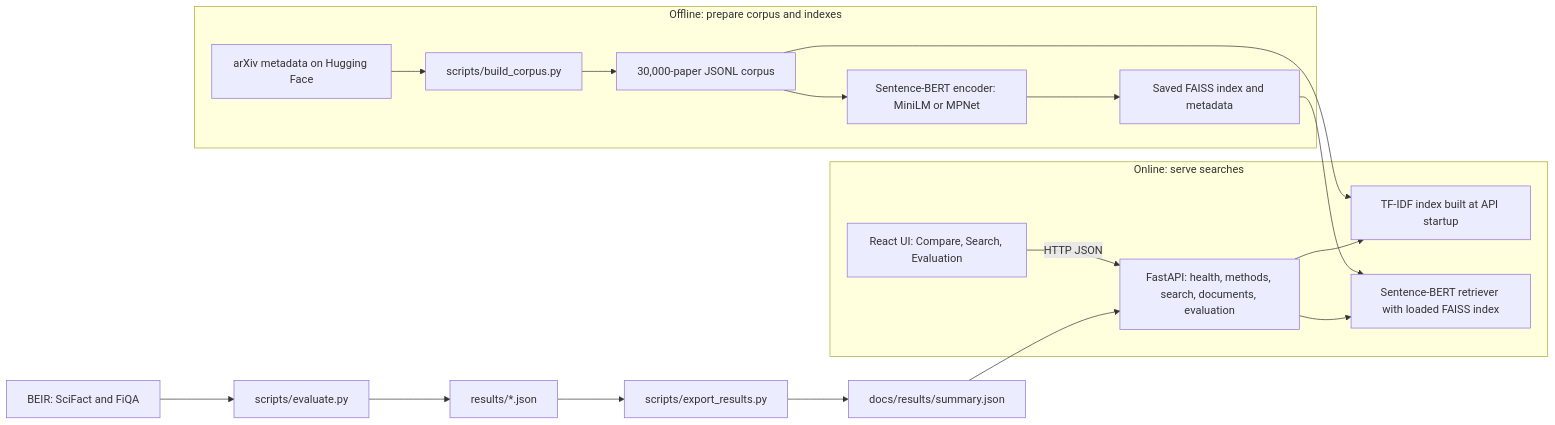
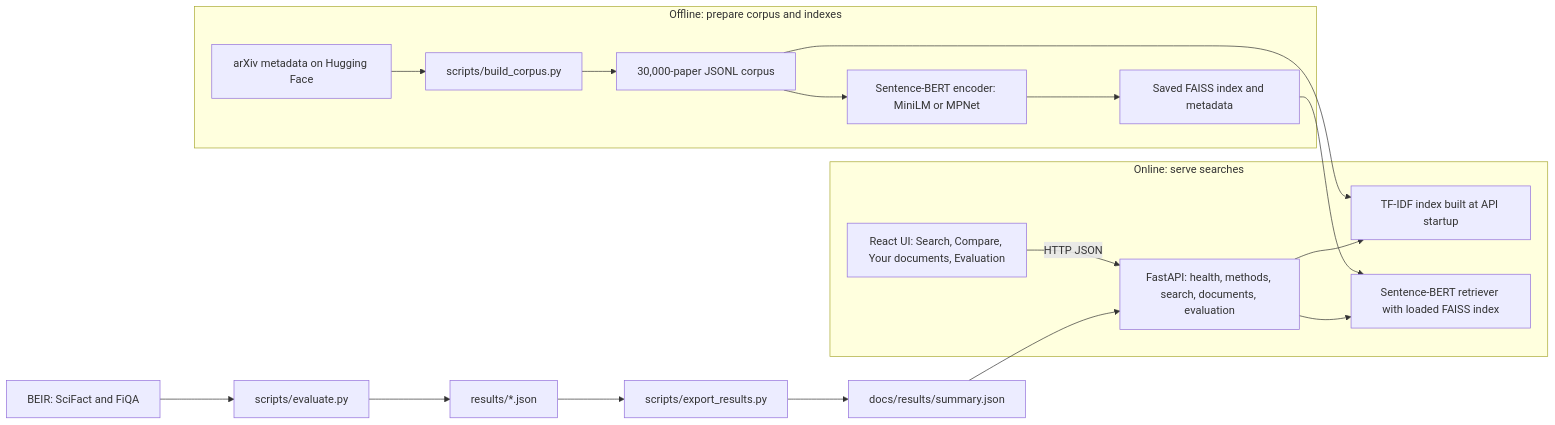
One commit to Ram0kr0singh/semantic-search-engine changed the diagram in README.md. Above: the diagram before and after it, drawn with Mermaid. The commit also changed other lines of this file and 33 other files, not shown here.

Commit message:
feat(frontend): documents view with preview, redesign and evaluation dashboard

````diff
--- a/README.md
+++ b/README.md
@@ -113,24 +113,24 @@
 ```mermaid
 flowchart LR
   subgraph OFFLINE["Offline: prepare corpus and indexes"]
     HF["arXiv metadata on Hugging Face"] --> BC["scripts/build_corpus.py"]
     BC --> JSONL["30,000-paper JSONL corpus"]
     JSONL --> EMB["Sentence-BERT encoder: MiniLM or MPNet"]
     EMB --> FAISS["Saved FAISS index and metadata"]
   end
 
   subgraph ONLINE["Online: serve searches"]
     API["FastAPI: health, methods, search, documents, evaluation"]
     JSONL --> TFIDF["TF-IDF index built at API startup"]
     FAISS --> SB["Sentence-BERT retriever with loaded FAISS index"]
     API --> TFIDF
     API --> SB
-    UI["React UI: Compare, Search, Evaluation"] -->|"HTTP JSON"| API
+    UI["React UI: Search, Compare, Your documents, Evaluation"] -->|"HTTP JSON"| API
   end
 
   BEIR["BEIR: SciFact and FiQA"] --> EVAL["scripts/evaluate.py"]
   EVAL --> REPORTS["results/*.json"]
   REPORTS --> EXPORT["scripts/export_results.py"]
   EXPORT --> SNAP["docs/results/summary.json"]
   SNAP --> API
 ```
````
